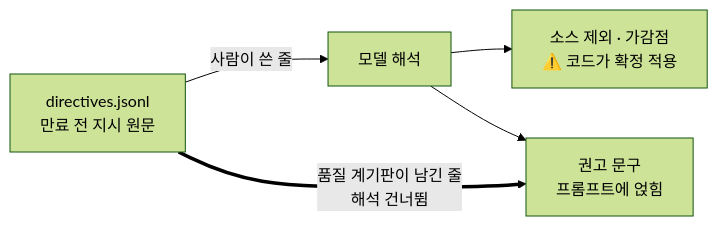
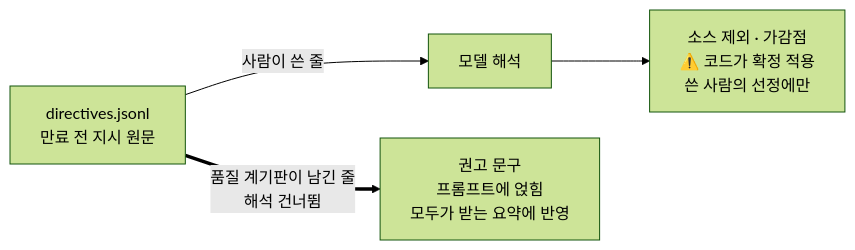
One commit to sangho24/ds-digest changed the second of 2 diagrams in README.md. Above: the diagram before and after it, drawn with Mermaid (forest theme). The commit also changed other lines of this file and 48 other files, not shown here.

````diff
--- a/README.md
+++ b/README.md
@@ -122,8 +123,8 @@
 ```mermaid
 flowchart LR
     A["directives.jsonl<br/>만료 전 지시 원문"]
     A -->|"사람이 쓴 줄"| B["모델 해석"]
-    B --> C["소스 제외 · 가감점<br/>⚠️ 코드가 확정 적용"]
-    B --> D["권고 문구<br/>프롬프트에 얹힘"]
+    B --> C["소스 제외 · 가감점<br/>⚠️ 코드가 확정 적용<br/>쓴 사람의 선정에만"]
+    D["권고 문구<br/>프롬프트에 얹힘<br/>모두가 받는 요약에 반영"]
     A ==>|"품질 계기판이 남긴 줄<br/>해석 건너뜀"| D
 ```
````
